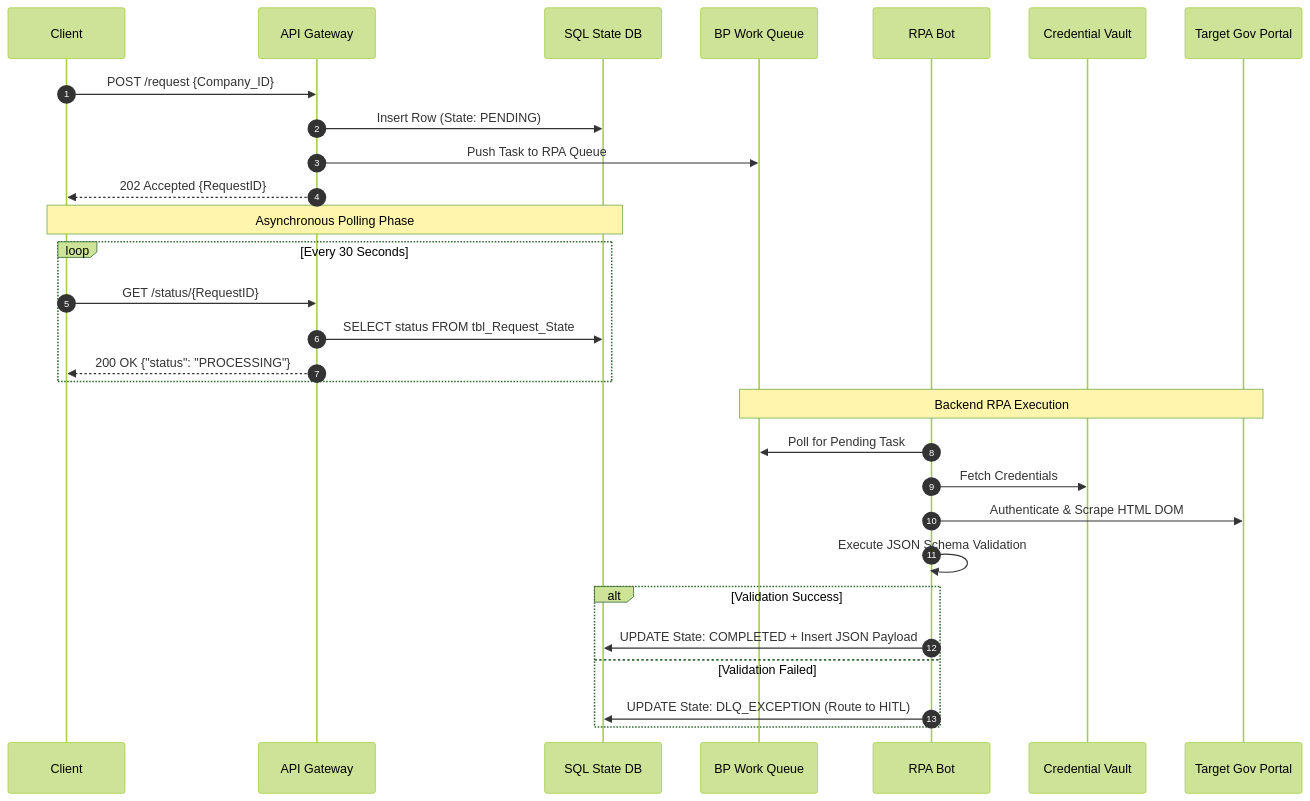
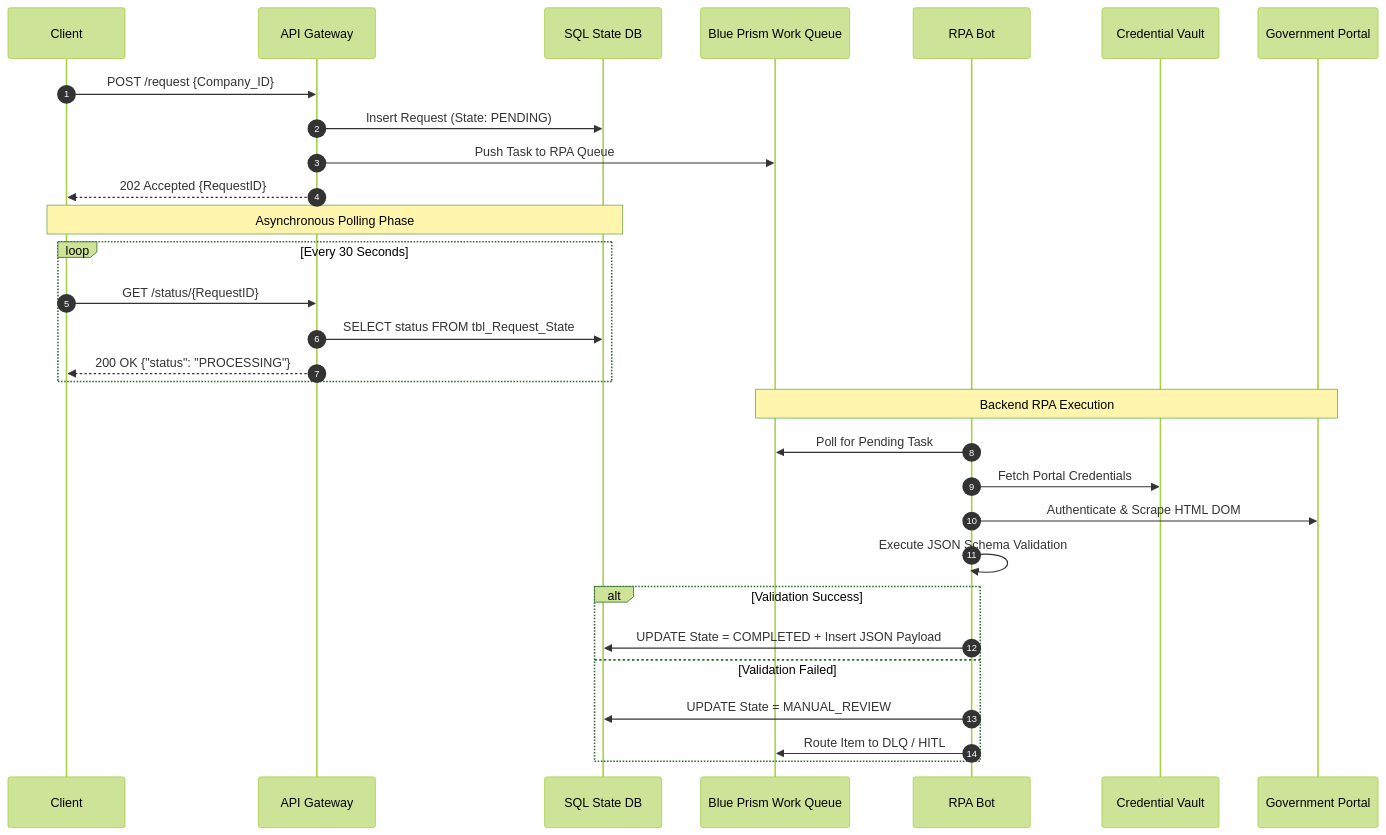
One commit to Mohammed-Alrawaf/System-Architecture-Dojo changed the diagram in Scenarios/Hyperautomation-and-RPA/02-Tech-Blueprint.md. Above: the diagram before and after it, drawn with Mermaid (forest theme). The commit also changed other lines of this file, not shown here.

````diff
--- a/Scenarios/Hyperautomation-and-RPA/02-Tech-Blueprint.md
+++ b/Scenarios/Hyperautomation-and-RPA/02-Tech-Blueprint.md
@@ -15,35 +67,36 @@
 ```mermaid
 sequenceDiagram
     autonumber
     participant Client
     participant Gateway as API Gateway
     participant DB as SQL State DB
-    participant Queue as BP Work Queue
+    participant Queue as Blue Prism Work Queue
     participant Bot as RPA Bot
     participant Vault as Credential Vault
-    participant Gov as Target Gov Portal
+    participant Gov as Government Portal
 
     Client->>Gateway: POST /request {Company_ID}
-    Gateway->>DB: Insert Row (State: PENDING)
+    Gateway->>DB: Insert Request (State: PENDING)
     Gateway->>Queue: Push Task to RPA Queue
     Gateway-->>Client: 202 Accepted {RequestID}
 
     Note over Client, DB: Asynchronous Polling Phase
     loop Every 30 Seconds
         Client->>Gateway: GET /status/{RequestID}
         Gateway->>DB: SELECT status FROM tbl_Request_State
         Gateway-->>Client: 200 OK {"status": "PROCESSING"}
     end
 
     Note over Queue, Gov: Backend RPA Execution
     Bot->>Queue: Poll for Pending Task
-    Bot->>Vault: Fetch Credentials
+    Bot->>Vault: Fetch Portal Credentials
     Bot->>Gov: Authenticate & Scrape HTML DOM
     Bot->>Bot: Execute JSON Schema Validation
 
     alt Validation Success
-        Bot->>DB: UPDATE State: COMPLETED + Insert JSON Payload
+        Bot->>DB: UPDATE State = COMPLETED + Insert JSON Payload
     else Validation Failed
-        Bot->>DB: UPDATE State: DLQ_EXCEPTION (Route to HITL)
+        Bot->>DB: UPDATE State = MANUAL_REVIEW
+        Bot->>Queue: Route Item to DLQ / HITL
     end
 ```
````
